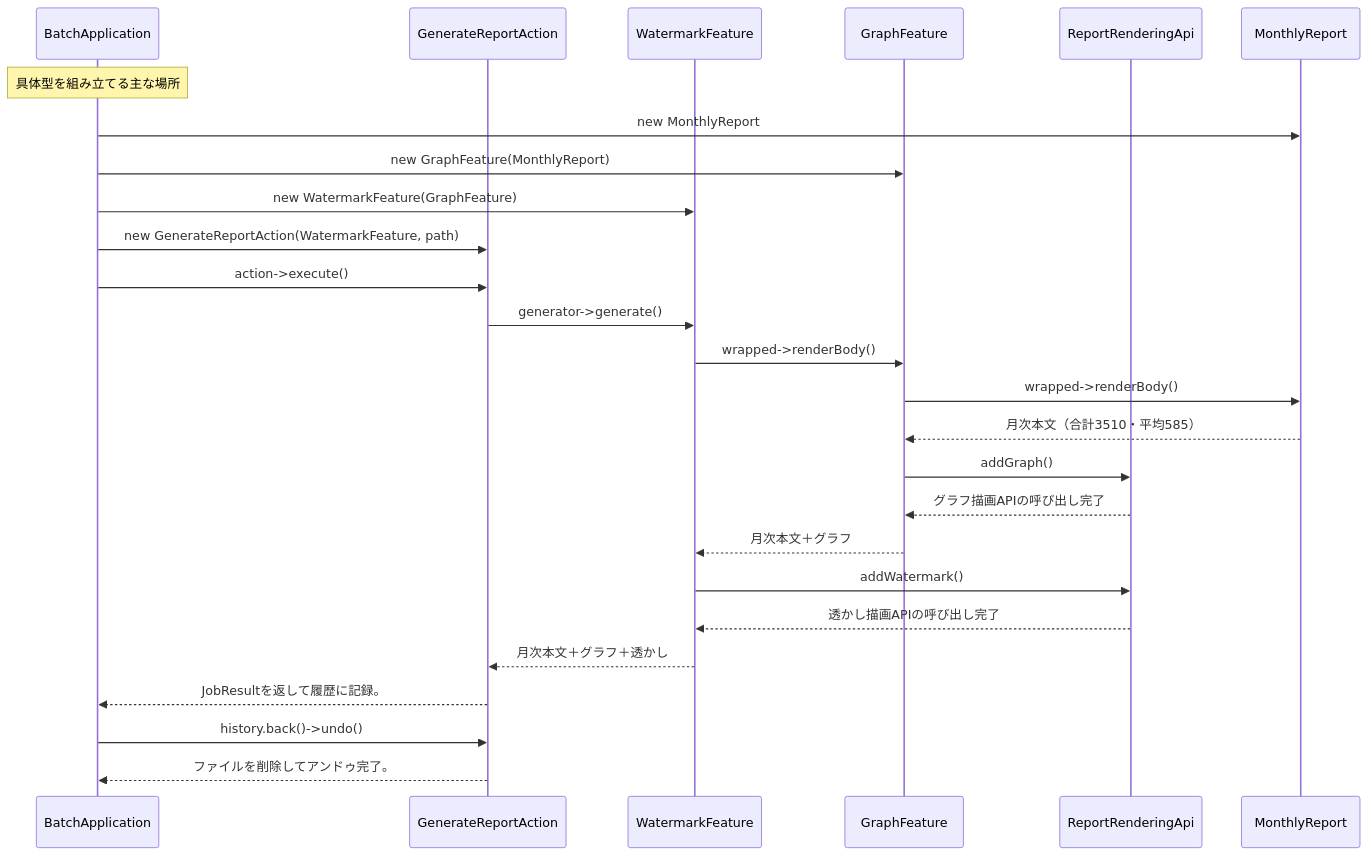
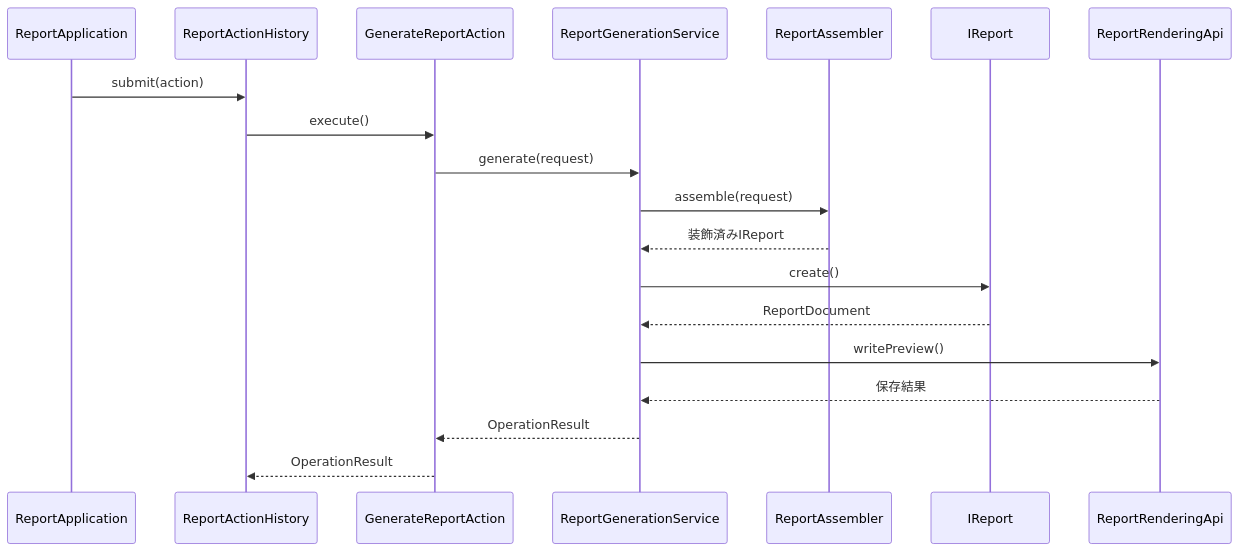
The tenth of 12 diagrams in kindle/design-patterns/output/chapter11.md (kumachan1101-pixel/DesignPattern), drawn with Mermaid before and after one commit. The commit also changed other lines of this file and 23 other files, not shown here.

````diff
--- a/kindle/design-patterns/output/chapter11.md
+++ b/kindle/design-patterns/output/chapter11.md
@@ -2423,28 +1266,22 @@
 ```mermaid
 sequenceDiagram
-    participant BA as BatchApplication
-    participant GRA as GenerateReportAction
-    participant WF as WatermarkFeature
-    participant GF as GraphFeature
-    participant RRA as ReportRenderingApi
-    participant MR as MonthlyReport
-    Note over BA: 具体型を組み立てる主な場所
-    BA->>MR: new MonthlyReport
-    BA->>GF: new GraphFeature(MonthlyReport)
-    BA->>WF: new WatermarkFeature(GraphFeature)
-    BA->>GRA: new GenerateReportAction(WatermarkFeature, path)
-    BA->>GRA: action->execute()
-    GRA->>WF: generator->generate()
-    WF->>GF: wrapped->renderBody()
-    GF->>MR: wrapped->renderBody()
-    MR-->>GF: 月次本文（合計3510・平均585）
-    GF->>RRA: addGraph()
-    RRA-->>GF: グラフ描画APIの呼び出し完了
-    GF-->>WF: 月次本文＋グラフ
-    WF->>RRA: addWatermark()
-    RRA-->>WF: 透かし描画APIの呼び出し完了
-    WF-->>GRA: 月次本文＋グラフ＋透かし
-    GRA-->>BA: JobResultを返して履歴に記録。
-    BA->>GRA: history.back()->undo()
-    GRA-->>BA: ファイルを削除してアンドゥ完了。
+    participant A as ReportApplication
+    participant H as ReportActionHistory
+    participant C as GenerateReportAction
+    participant S as ReportGenerationService
+    participant B as ReportAssembler
+    participant R as IReport
+    participant O as ReportRenderingApi
+
+    A->>H: submit(action)
+    H->>C: execute()
+    C->>S: generate(request)
+    S->>B: assemble(request)
+    B-->>S: 装飾済みIReport
+    S->>R: create()
+    R-->>S: ReportDocument
+    S->>O: writePreview()
+    O-->>S: 保存結果
+    S-->>C: OperationResult
+    C-->>H: OperationResult
 ```
````
